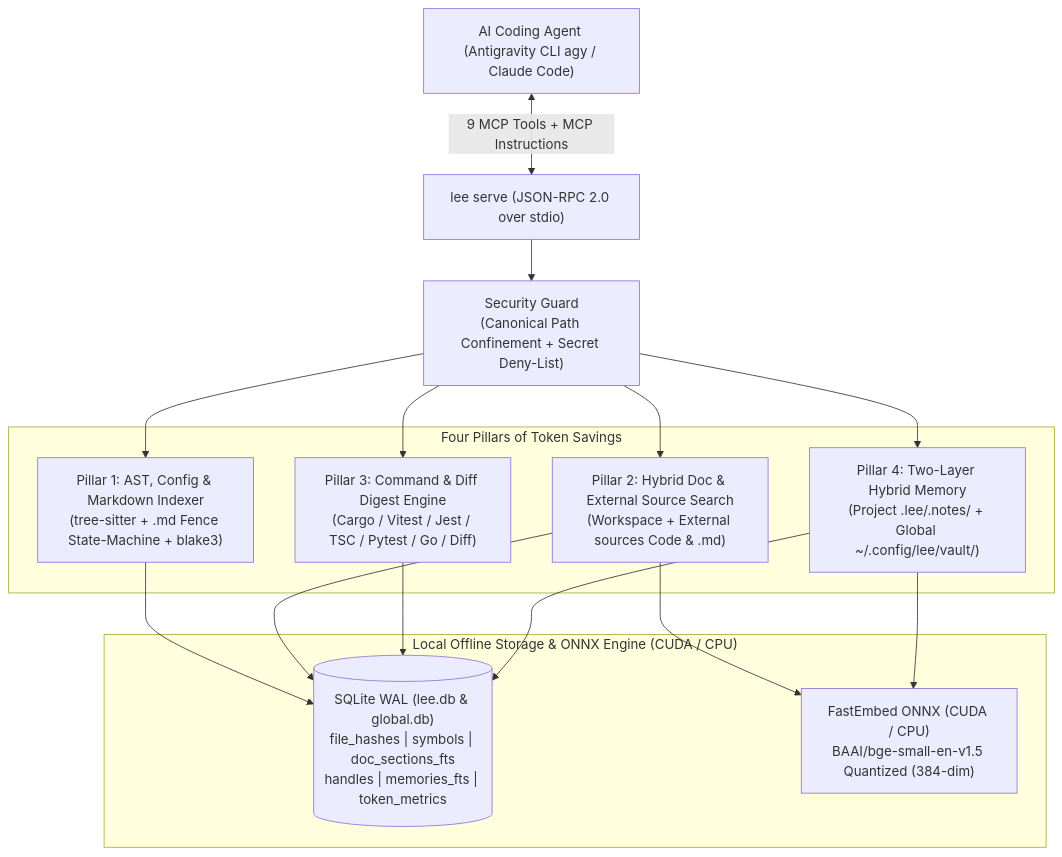
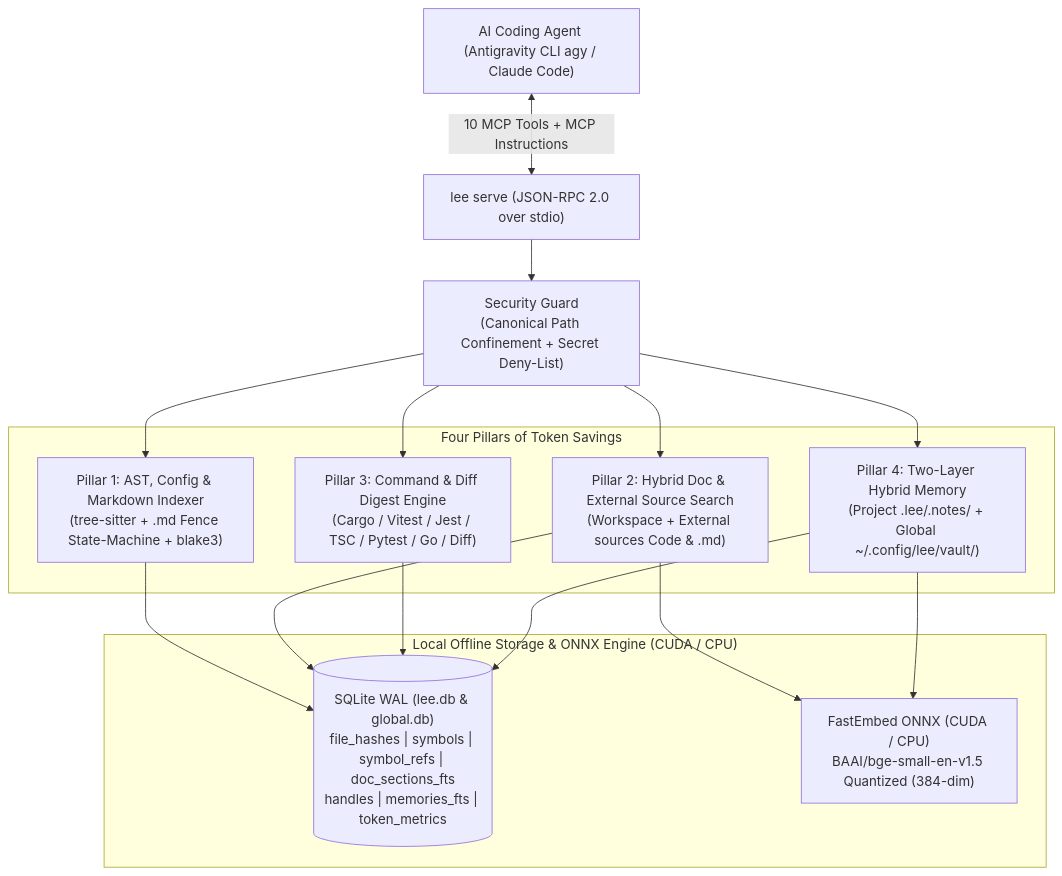
One commit to 1kaye/lee changed the diagram in README.md. Above: the diagram before and after it, drawn with Mermaid. The commit also changed other lines of this file and 10 other files, not shown here.

````diff
--- a/README.md
+++ b/README.md
@@ -26,32 +26,32 @@
 ```mermaid
 flowchart TD
     Agent["AI Coding Agent (Antigravity CLI agy / Claude Code)"]
     MCP["lee serve (JSON-RPC 2.0 over stdio)"]
     Sec["Security Guard\n(Canonical Path Confinement + Secret Deny-List)"]
 
     subgraph Pillars["Four Pillars of Token Savings"]
         Indexer["Pillar 1: AST, Config & Markdown Indexer\n(tree-sitter + .md Fence State-Machine + blake3)"]
         DocSearch["Pillar 2: Hybrid Doc & External Source Search\n(Workspace + External sources Code & .md)"]
         Digest["Pillar 3: Command & Diff Digest Engine\n(Cargo / Vitest / Jest / TSC / Pytest / Go / Diff)"]
         Memory["Pillar 4: Two-Layer Hybrid Memory\n(Project .lee/.notes/ + Global ~/.config/lee/vault/)"]
     end
 
     subgraph Storage["Local Offline Storage & ONNX Engine (CUDA / CPU)"]
-        DB[("SQLite WAL (lee.db & global.db)\nfile_hashes | symbols | doc_sections_fts\nhandles | memories_fts | token_metrics")]
+        DB[("SQLite WAL (lee.db & global.db)\nfile_hashes | symbols | symbol_refs | doc_sections_fts\nhandles | memories_fts | token_metrics")]
         BGE["FastEmbed ONNX (CUDA / CPU)\nBAAI/bge-small-en-v1.5 Quantized (384-dim)"]
     end
 
-    Agent <-->|"9 MCP Tools + MCP Instructions"| MCP
+    Agent <-->|"10 MCP Tools + MCP Instructions"| MCP
     MCP --> Sec
     Sec --> Indexer
     Sec --> DocSearch
     Sec --> Digest
     Sec --> Memory
 
     Indexer --> DB
     DocSearch --> BGE
     DocSearch --> DB
     Digest --> DB
     Memory --> BGE
     Memory --> DB
 ```
````
